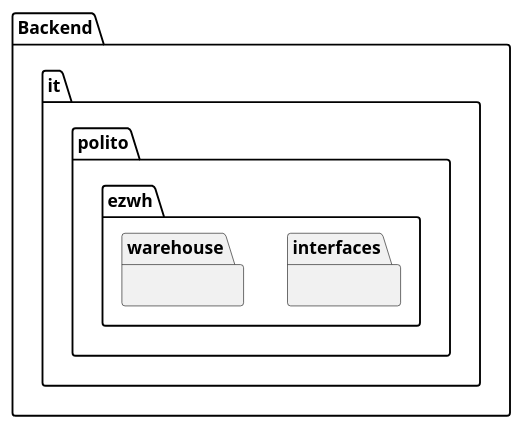
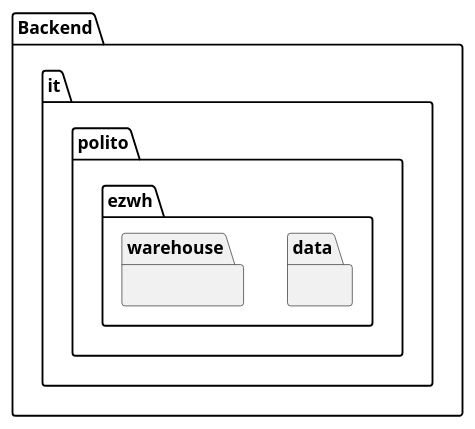
One commit to kevinmascitti/Warehouse-management-software changed the second of 28 diagrams in DesignDocument.md. Above: the diagram before and after it, drawn with PlantUML. The commit also changed other lines of this file, not shown here.

Commit message:
sequence diagram 9.1

````diff
--- a/DesignDocument.md
+++ b/DesignDocument.md
@@ -54,12 +54,12 @@
 ```plantuml
 @startuml
 package "Backend" {
 
-package "it.polito.ezwh.interfaces" {
+package "it.polito.ezwh.data" {
 }
 
 package "it.polito.ezwh.warehouse" {
 
 }
 
 ```
````
